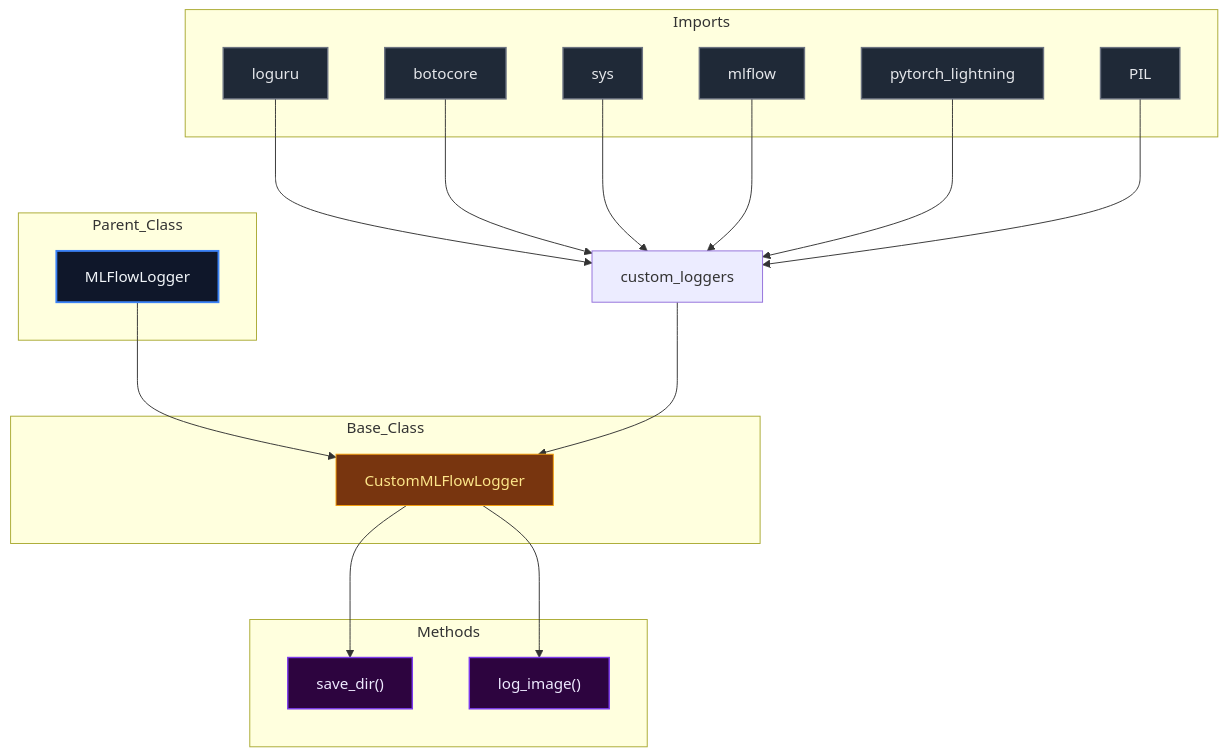
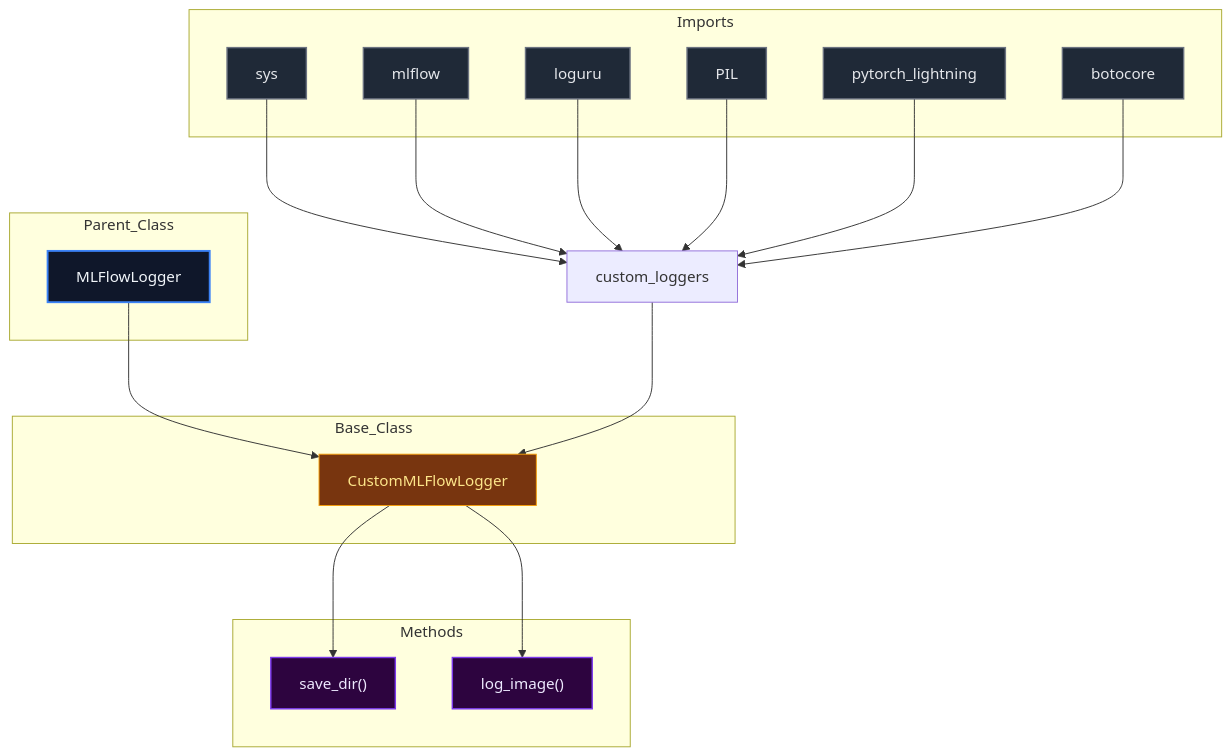
Before and after one commit to mllam/neural-lam: the diagram in docs/diagrams/custom_loggers_diagram.md, drawn with Mermaid. The commit also changed 19 other files, not shown here.

Commit message:
Auto-update Mermaid diagrams

````diff
--- a/docs/diagrams/custom_loggers_diagram.md
+++ b/docs/diagrams/custom_loggers_diagram.md
@@ -1,52 +1,52 @@
 ```mermaid
 %%{init: {'flowchart': {'nodeSpacing': 60, 'rankSpacing': 80}}}%%
 flowchart TD
 
 module["custom_loggers"]
 
 subgraph Parent_Class
     MLFlowLogger["MLFlowLogger"]
 end
 
 subgraph Base_Class
     CustomMLFlowLogger["CustomMLFlowLogger"]
 end
 
     MLFlowLogger --> CustomMLFlowLogger
 
 subgraph Imports
-    loguru["loguru"]
-    botocore["botocore"]
     sys["sys"]
     mlflow["mlflow"]
+    loguru["loguru"]
+    PIL["PIL"]
     pytorch_lightning["pytorch_lightning"]
-    PIL["PIL"]
+    botocore["botocore"]
 end
 
-    loguru --> module
-    botocore --> module
     sys --> module
     mlflow --> module
+    loguru --> module
+    PIL --> module
     pytorch_lightning --> module
-    PIL --> module
+    botocore --> module
     module --> CustomMLFlowLogger
 
 subgraph Methods
     CustomMLFlowLogger_save_dir["save_dir()"]
     CustomMLFlowLogger_log_image["log_image()"]
 end
 
     CustomMLFlowLogger --> CustomMLFlowLogger_save_dir
     CustomMLFlowLogger --> CustomMLFlowLogger_log_image
 
 classDef parent fill:#0f172a,stroke:#3b82f6,stroke-width:2px,color:#f1f5f9,font-size:16px
 classDef base fill:#78350f,stroke:#f59e0b,stroke-width:1px,color:#fde68a,font-size:16px
 classDef import fill:#1f2937,stroke:#6b7280,stroke-width:1.5px,color:#e5e7eb,font-size:16px
 classDef method fill:#2d043f,stroke:#7c3aed,stroke-width:1.5px,color:#ede9fe,font-size:16px
 classDef callNode fill:#064e3b,stroke:#10b981,stroke-width:1.5px,color:#d1fae5,font-size:16px
 class MLFlowLogger parent
 class CustomMLFlowLogger base
-class loguru,botocore,sys,mlflow,pytorch_lightning,PIL import
+class sys,mlflow,loguru,PIL,pytorch_lightning,botocore import
 class CustomMLFlowLogger_save_dir,CustomMLFlowLogger_log_image method
 
 ```
````
